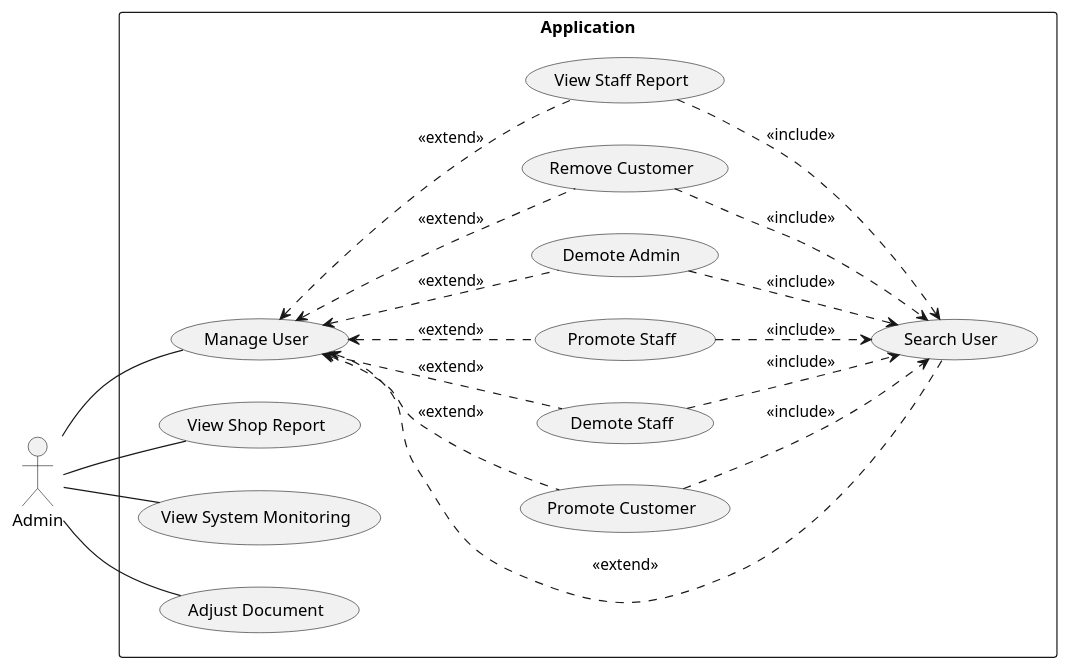
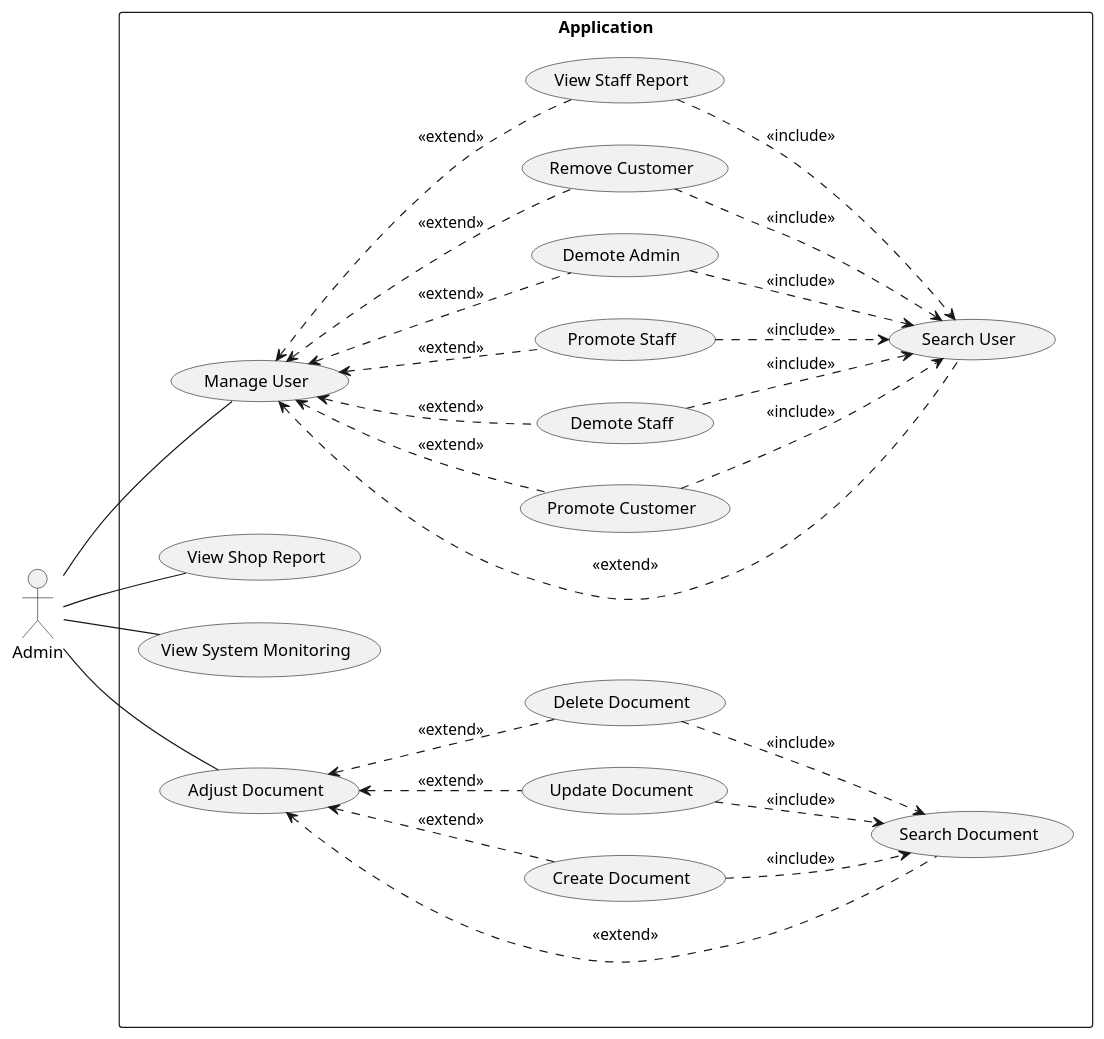
One commit to electricilies/electricilies.github.io changed the diagram in docs/docs/use-case/admin.md. Above: the diagram before and after it, drawn with PlantUML. The commit also changed 10 other files, not shown here.

Commit message:
feat(sequence): add adjust-document, and create new sub usecase for adjust-document

````diff
--- a/docs/docs/use-case/admin.md
+++ b/docs/docs/use-case/admin.md
@@ -3,40 +3,51 @@
 ```plantuml
 @startuml
 left to right direction
 actor Admin
 
 rectangle "Application" {
   usecase UC01 as "Manage User"
   usecase UC02 as "Search User"
   usecase UC03 as "Promote Customer"
   usecase UC04 as "Demote Staff"
   usecase UC05 as "Promote Staff"
   usecase UC06 as "Demote Admin"
   usecase UC07 as "Remove Customer"
   usecase UC08 as "View Staff Report"
   usecase UC09 as "View Shop Report"
   usecase UC10 as "View System Monitoring"
   usecase UC11 as "Adjust Document"
+  usecase UC12 as "Search Document"
+  usecase UC13 as "Create Document"
+  usecase UC14 as "Update Document"
+  usecase UC15 as "Delete Document"
 }
 
 Admin -- UC01
 Admin -- UC09
 Admin -- UC10
 Admin -- UC11
 
 UC01 <.. UC02 : <<extend>>
 UC01 <.. UC03 : <<extend>>
 UC01 <.. UC04 : <<extend>>
 UC01 <.. UC05 : <<extend>>
 UC01 <.. UC06 : <<extend>>
 UC01 <.. UC07 : <<extend>>
 UC01 <.. UC08 : <<extend>>
 UC03 ..> UC02 : <<include>>
 UC04 ..> UC02 : <<include>>
 UC05 ..> UC02 : <<include>>
 UC06 ..> UC02 : <<include>>
 UC07 ..> UC02 : <<include>>
 UC08 ..> UC02 : <<include>>
+UC11 <.. UC12 : <<extend>>
+UC11 <.. UC13 : <<extend>>
+UC11 <.. UC14 : <<extend>>
+UC11 <.. UC15 : <<extend>>
+UC13 ..> UC12 : <<include>>
+UC14 ..> UC12 : <<include>>
+UC15 ..> UC12 : <<include>>
 
 @enduml
 ```
````
